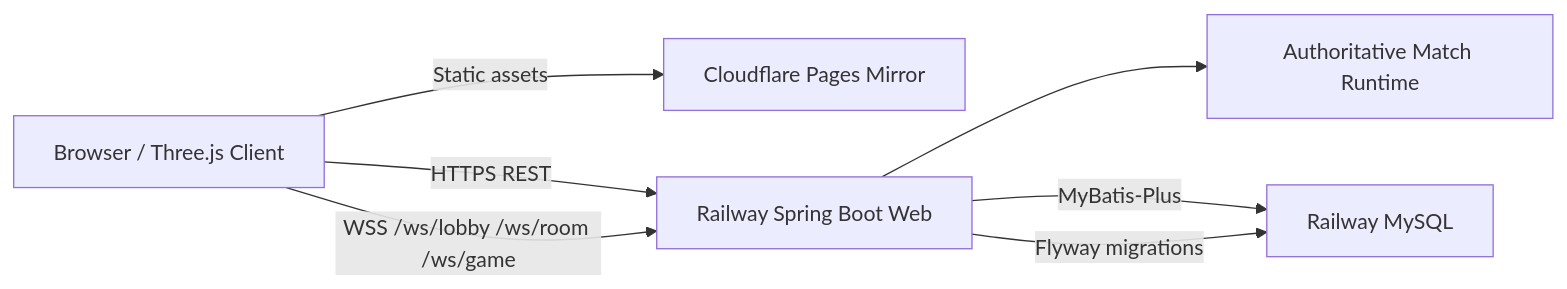
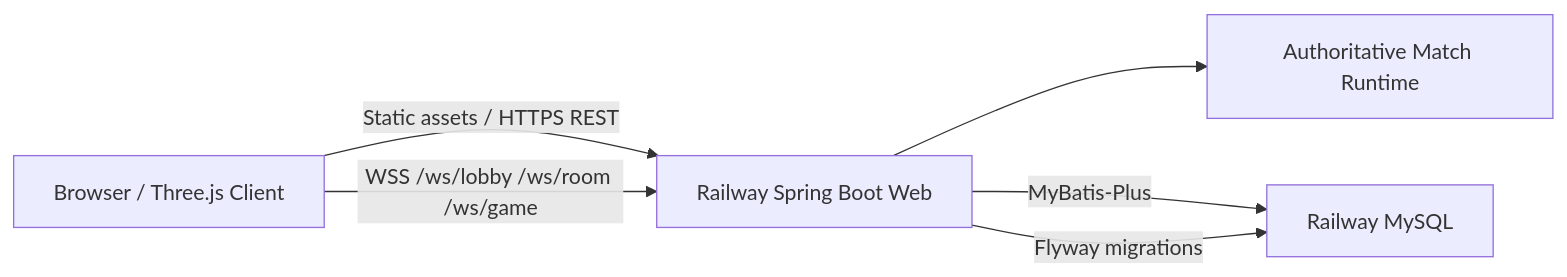
One commit to typsusan-zzz/wildhunt-fullstack changed the first of 2 diagrams in README.md. Above: the diagram before and after it, drawn with Mermaid. The commit also changed other lines of this file and 2 other files, not shown here.

````diff
--- a/README.md
+++ b/README.md
@@ -38,15 +37,13 @@
 ```mermaid
 flowchart LR
   Browser["Browser / Three.js Client"]
-  Pages["Cloudflare Pages Mirror"]
   RailwayWeb["Railway Spring Boot Web"]
   GameRuntime["Authoritative Match Runtime"]
   MySQL["Railway MySQL"]
 
-  Browser -- "Static assets" --> Pages
-  Browser -- "HTTPS REST" --> RailwayWeb
+  Browser -- "Static assets / HTTPS REST" --> RailwayWeb
   Browser -- "WSS /ws/lobby /ws/room /ws/game" --> RailwayWeb
   RailwayWeb --> GameRuntime
   RailwayWeb -- "MyBatis-Plus" --> MySQL
   RailwayWeb -- "Flyway migrations" --> MySQL
 ```
````
